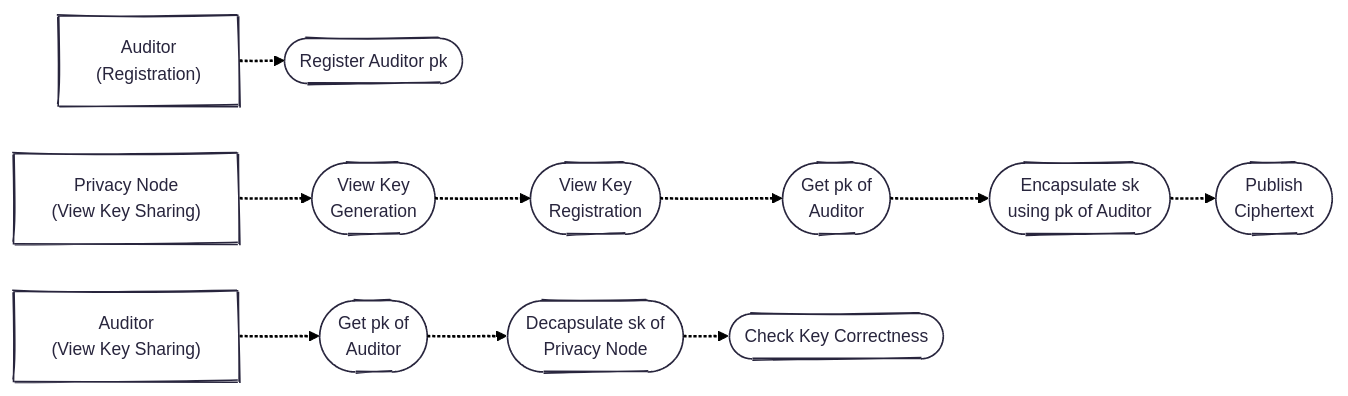
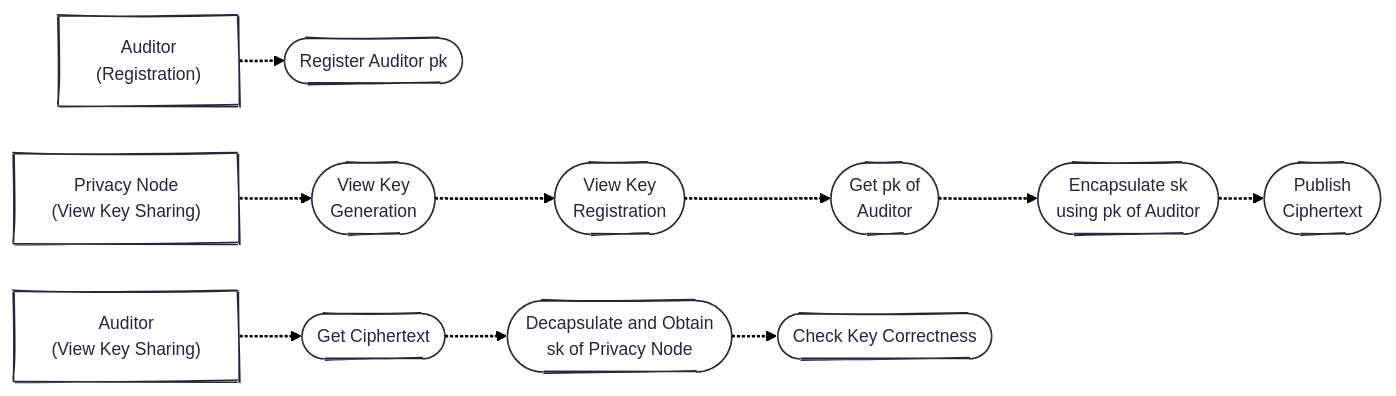
One commit to raylsnetwork/Enygma changed the eighth of 8 diagrams in enygma_payments/protocol_flows.md. Above: the diagram before and after it, drawn with Mermaid.

````diff
--- a/enygma_payments/protocol_flows.md
+++ b/enygma_payments/protocol_flows.md
@@ -191,32 +191,32 @@
 ```mermaid
 ---
 config:
   theme: redux
   layout: elk
   look: handDrawn
 ---
 flowchart LR
 
     auditor1["Auditor<br>(Registration)"]
     register_key(["Register Auditor pk"])
     
     auditor1 -.-> register_key
 
 
     pn["Privacy Node<br>(View Key Sharing)"]
     keygen(["View Key<br>Generation"])
     key_registration(["View Key<br>Registration"])
     get_auditor_key(["Get pk of<br>Auditor"])
     encrypt(["Encapsulate sk<br>using pk of Auditor"])
     publish_ciphertext(["Publish<br>Ciphertext"])
 
     pn -.-> keygen -.-> key_registration -.-> get_auditor_key -.-> encrypt -.-> publish_ciphertext
 
 
     auditor2["Auditor<br>(View Key Sharing)"]
-    get_ciphertext(["Get pk of<br>Auditor"])
-    decrypt(["Decapsulate sk of<br>Privacy Node"])
+    get_ciphertext(["Get Ciphertext"])
+    decrypt(["Decapsulate and Obtain<br>sk of Privacy Node"])
     check(["Check Key Correctness"])
 
     auditor2 -.-> get_ciphertext -.-> decrypt -.-> check
 ```
````
